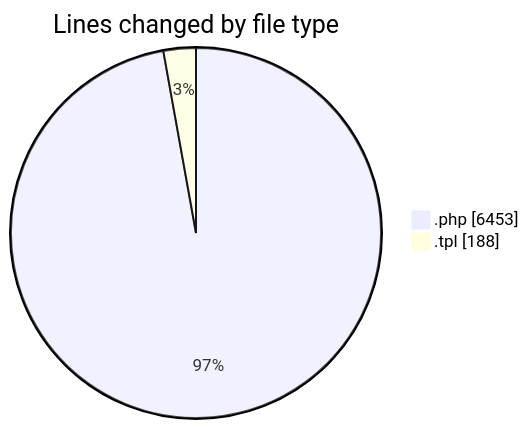
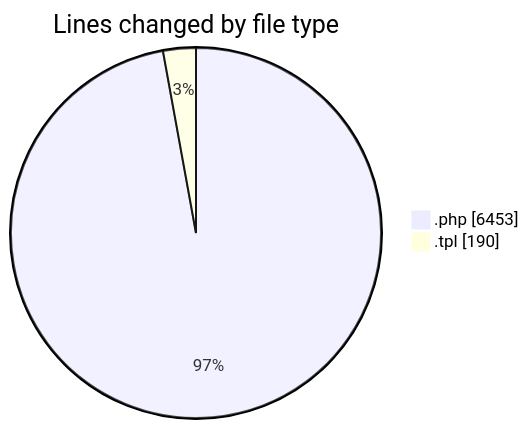
Before and after one commit to vahidmafi/code-tracking: the first of 2 diagrams in 2025-08-26/shop/README.md, drawn with Mermaid. The commit also changed other lines of this file and 1 other file, not shown here.

````diff
--- a/2025-08-26/shop/README.md
+++ b/2025-08-26/shop/README.md
@@ -24,6 +24,6 @@
 ```mermaid
 pie showData
 title Lines changed by file type
 ".php" : 6453
-".tpl" : 188
+".tpl" : 190
 ```
````
